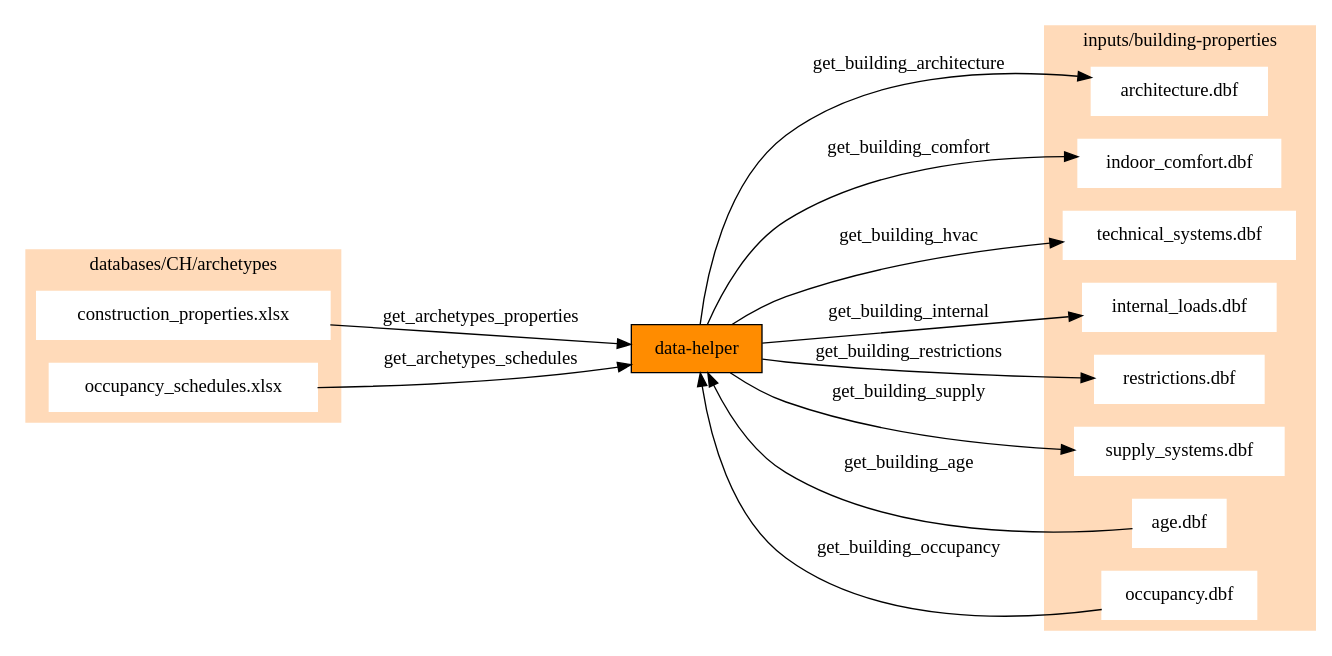
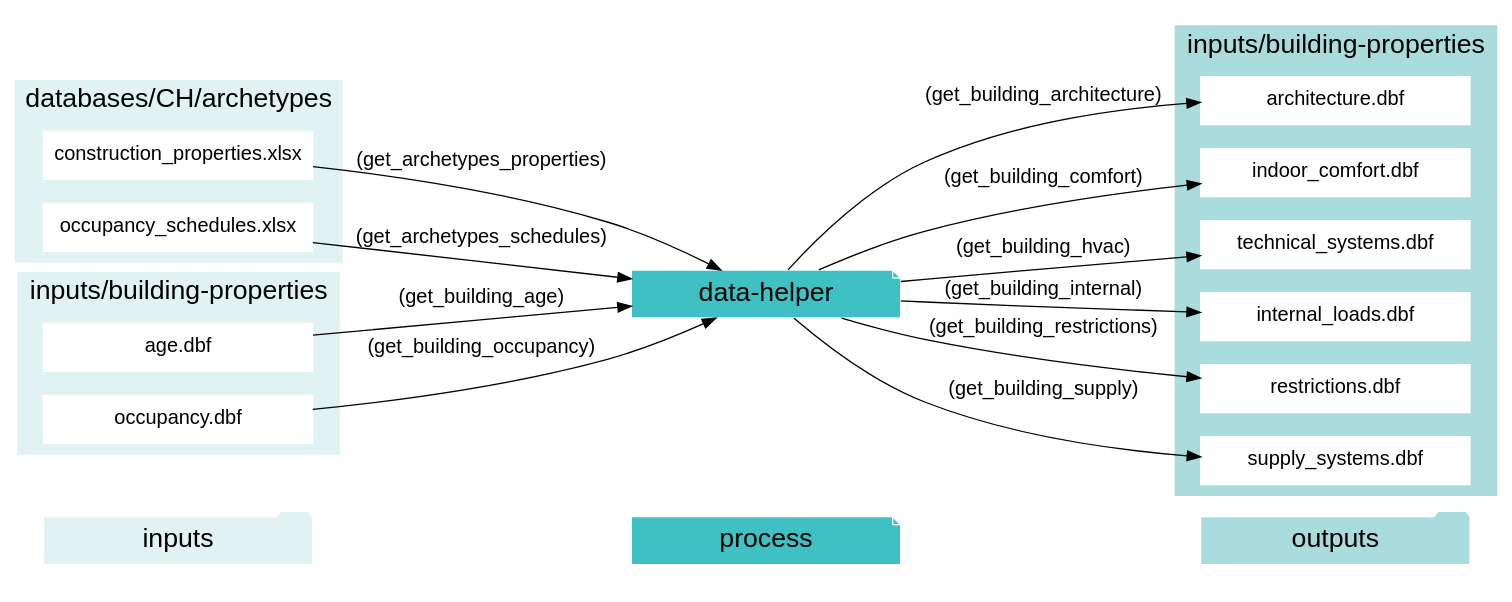
One commit to architecture-building-systems/CityEnergyAnalyst changed the diagram in docs/script_dependencies/data-helper.gv. Above: the diagram before and after it, drawn with Graphviz. The commit also changed 20 other files, not shown here.

```diff
--- a/docs/script_dependencies/data-helper.gv
+++ b/docs/script_dependencies/data-helper.gv
@@ -1,36 +1,58 @@
 digraph trace_inputlocator {
     rankdir="LR";
-    node [shape=box];
-    graph [overlap = false];
-    "data-helper"[style=filled, fillcolor=darkorange];
-    "construction_properties.xlsx" -> "data-helper"[label="get_archetypes_properties"]
-    "occupancy_schedules.xlsx" -> "data-helper"[label="get_archetypes_schedules"]
-    "age.dbf" -> "data-helper"[label="get_building_age"]
-    "occupancy.dbf" -> "data-helper"[label="get_building_occupancy"]
-    "data-helper" -> "architecture.dbf"[label="get_building_architecture"]
-    "data-helper" -> "indoor_comfort.dbf"[label="get_building_comfort"]
-    "data-helper" -> "technical_systems.dbf"[label="get_building_hvac"]
-    "data-helper" -> "internal_loads.dbf"[label="get_building_internal"]
-    "data-helper" -> "restrictions.dbf"[label="get_building_restrictions"]
-    "data-helper" -> "supply_systems.dbf"[label="get_building_supply"]
-    subgraph cluster_0 {
+    graph [overlap=false, fontname=arial];
+    node [shape=box, style=filled, color=white, fontsize=15, fontname=arial, fixedsize=true, width=2.8];
+    edge [fontname=arial, fontsize = 15]
+    newrank=true
+    subgraph cluster_legend {
+    fontsize=25
+    style=invis
+    "process"[style=filled, fillcolor="#3FC0C2", shape=note, fontsize=20, fontname="arial"]
+    "inputs" [style=filled, shape=folder, color=white, fillcolor="#E1F2F2", fontsize=20]
+    "outputs"[style=filled, shape=folder, color=white, fillcolor="#aadcdd", fontsize=20]
+    "inputs"->"process"[style=invis]
+    "process"->"outputs"[style=invis]
+    }
+    "data-helper"[style=filled, color=white, fillcolor="#3FC0C2", shape=note, fontsize=20, fontname=arial];
+    subgraph cluster_0_in {
         style = filled;
-        color = peachpuff;
+        color = "#E1F2F2";
+        fontsize = 20;
+        rank=same;
         label="databases/CH/archetypes";
-    "construction_properties.xlsx"[style=filled, color=white]
-    "occupancy_schedules.xlsx"[style=filled, color=white]
+        "construction_properties.xlsx"
+        "occupancy_schedules.xlsx"
     }
-    subgraph cluster_1 {
+    subgraph cluster_1_in {
         style = filled;
-        color = peachpuff;
+        color = "#E1F2F2";
+        fontsize = 20;
+        rank=same;
         label="inputs/building-properties";
-    "age.dbf"[style=filled, color=white]
-    "occupancy.dbf"[style=filled, color=white]
-    "architecture.dbf"[style=filled, color=white]
-    "indoor_comfort.dbf"[style=filled, color=white]
-    "technical_systems.dbf"[style=filled, color=white]
-    "internal_loads.dbf"[style=filled, color=white]
-    "restrictions.dbf"[style=filled, color=white]
-    "supply_systems.dbf"[style=filled, color=white]
+        "age.dbf"
+        "occupancy.dbf"
     }
+    subgraph cluster_1_out {
+        style = filled;
+        color = "#aadcdd";
+        fontsize = 20;
+        rank=same;
+        label="inputs/building-properties";
+        "architecture.dbf"
+        "indoor_comfort.dbf"
+        "technical_systems.dbf"
+        "internal_loads.dbf"
+        "restrictions.dbf"
+        "supply_systems.dbf"
     }
+    "construction_properties.xlsx" -> "data-helper"[label="(get_archetypes_properties)"]
+    "occupancy_schedules.xlsx" -> "data-helper"[label="(get_archetypes_schedules)"]
+    "age.dbf" -> "data-helper"[label="(get_building_age)"]
+    "occupancy.dbf" -> "data-helper"[label="(get_building_occupancy)"]
+    "data-helper" -> "architecture.dbf"[label="(get_building_architecture)"]
+    "data-helper" -> "indoor_comfort.dbf"[label="(get_building_comfort)"]
+    "data-helper" -> "technical_systems.dbf"[label="(get_building_hvac)"]
+    "data-helper" -> "internal_loads.dbf"[label="(get_building_internal)"]
+    "data-helper" -> "restrictions.dbf"[label="(get_building_restrictions)"]
+    "data-helper" -> "supply_systems.dbf"[label="(get_building_supply)"]
+}
```
